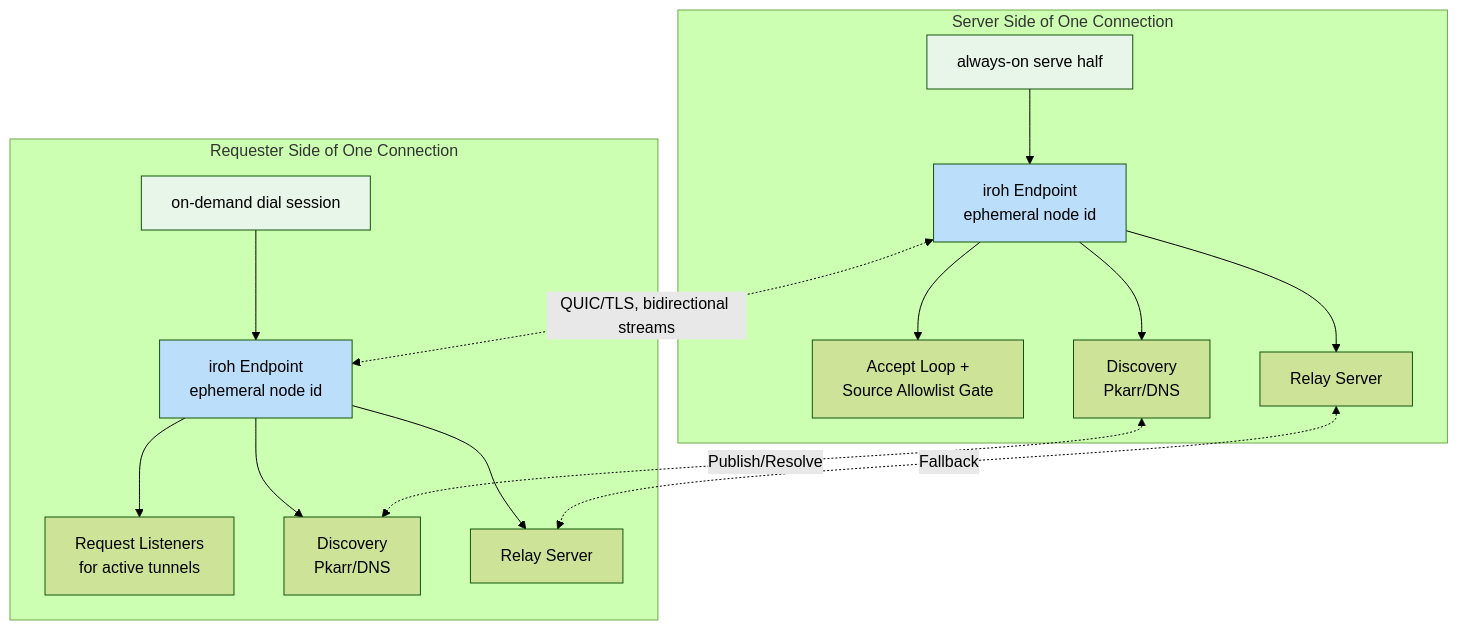
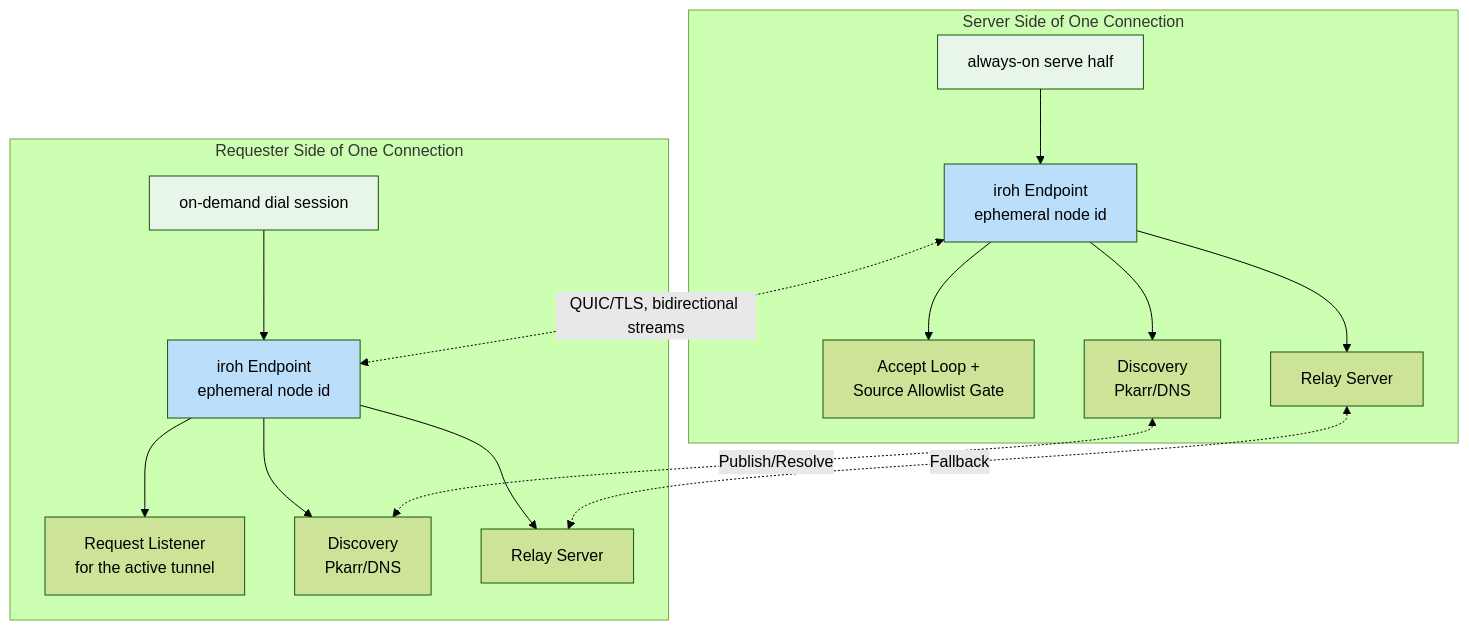
The fifth of 21 diagrams in docs/ARCHITECTURE.md (andrewtheguy/duopipe), drawn with Mermaid (forest theme) before and after one commit. The commit also changed other lines of this file and 17 other files, not shown here.

````diff
--- a/docs/ARCHITECTURE.md
+++ b/docs/ARCHITECTURE.md
@@ -163,37 +163,37 @@
 ```mermaid
 graph TB
     subgraph "Server Side of One Connection"
         A[always-on serve half]
         B[iroh Endpoint<br/>ephemeral node id]
         C[Accept Loop +<br/>Source Allowlist Gate]
         D[Discovery<br/>Pkarr/DNS]
         E[Relay Server]
     end
 
     subgraph "Requester Side of One Connection"
         F[on-demand dial session]
         G[iroh Endpoint<br/>ephemeral node id]
-        H[Request Listeners<br/>for active tunnels]
+        H[Request Listener<br/>for the active tunnel]
         I[Discovery<br/>Pkarr/DNS]
         J[Relay Server]
     end
 
     A --> B
     B --> C
     B --> D
     B --> E
 
     F --> G
     G --> H
     G --> I
     G --> J
 
     B <-.QUIC/TLS, bidirectional streams.-> G
     D <-.Publish/Resolve.-> I
     E <-.Fallback.-> J
 
     style A fill:#E8F5E9
     style F fill:#E8F5E9
     style B fill:#BBDEFB
     style G fill:#BBDEFB
 ```
````
